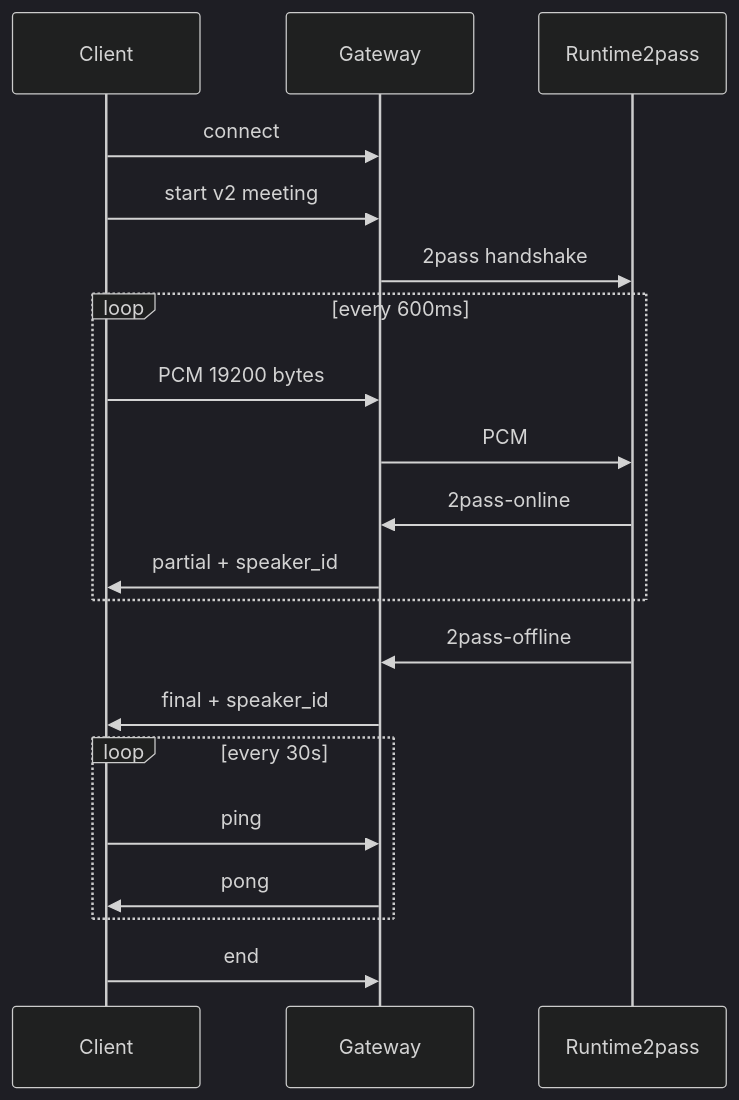
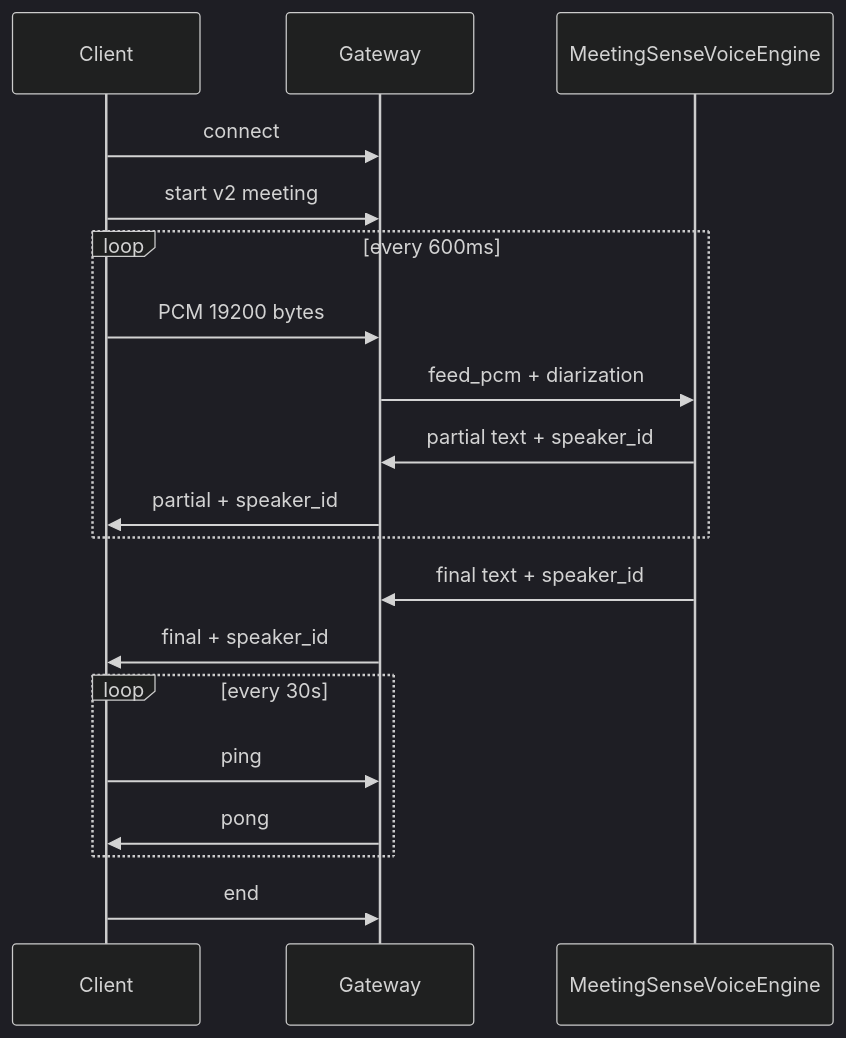
The diagram in doc/meeting/WebSocket协议v2.md (zhao1425493031/FunASRVoiceToText), drawn with Mermaid (dark theme) before and after one commit. The commit also changed other lines of this file and 30 other files, not shown here.

````diff
--- a/doc/meeting/WebSocket协议v2.md
+++ b/doc/meeting/WebSocket协议v2.md
@@ -11,23 +11,22 @@
 ```mermaid
 sequenceDiagram
   participant C as Client
   participant G as Gateway
-  participant R as Runtime2pass
+  participant E as MeetingSenseVoiceEngine
 
   C->>G: connect
   C->>G: start v2 meeting
-  G->>R: 2pass handshake
   loop every 600ms
     C->>G: PCM 19200 bytes
-    G->>R: PCM
-    R->>G: 2pass-online
+    G->>E: feed_pcm + diarization
+    E->>G: partial text + speaker_id
     G->>C: partial + speaker_id
   end
-  R->>G: 2pass-offline
+  E->>G: final text + speaker_id
   G->>C: final + speaker_id
   loop every 30s
     C->>G: ping
     G->>C: pong
   end
   C->>G: end
 ```
````
